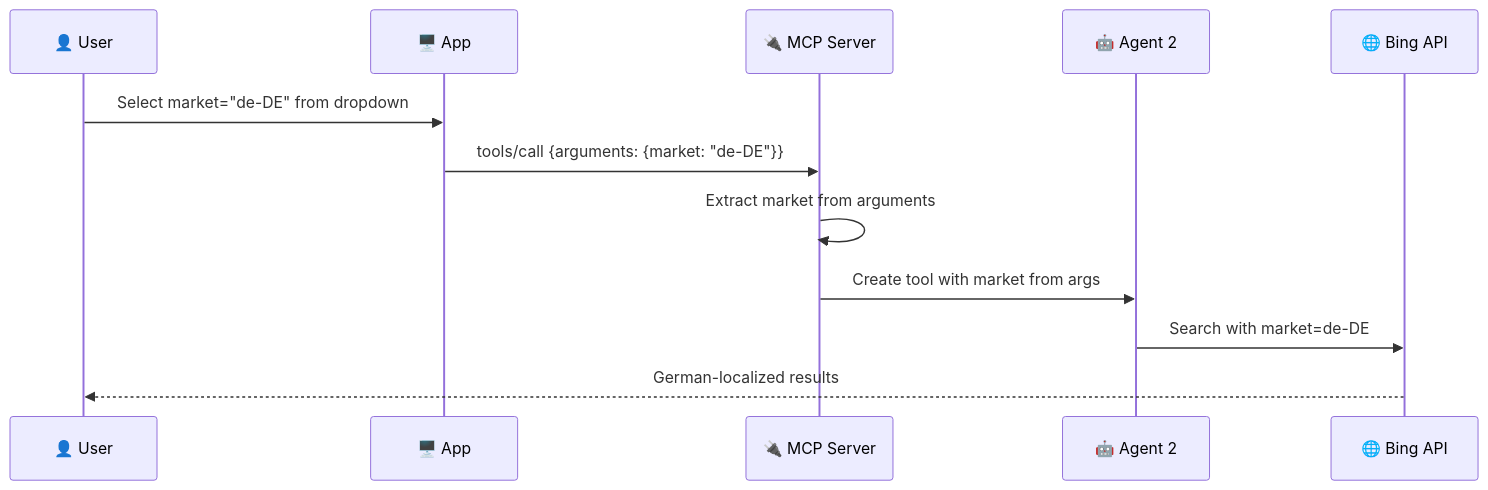
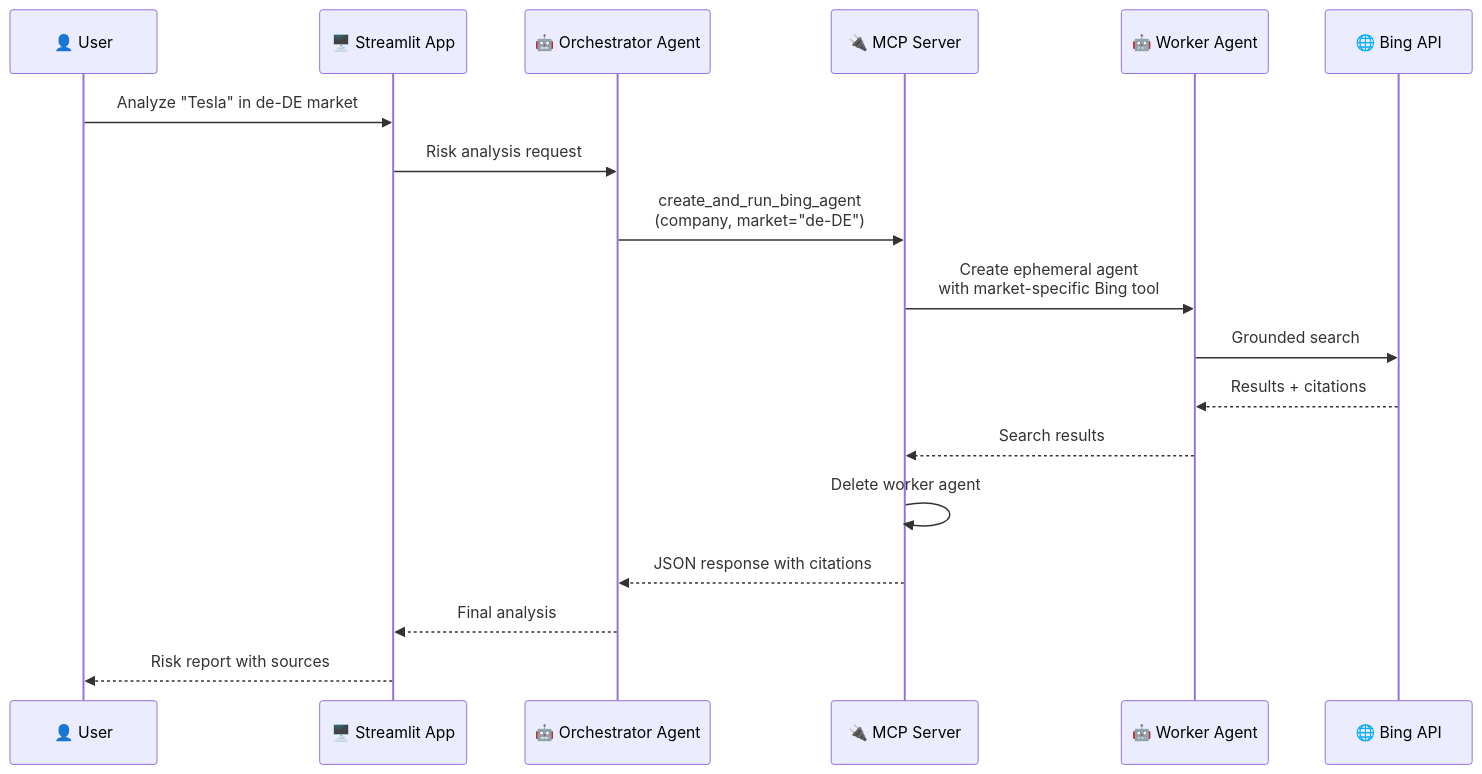
One commit to san360/bing-foundry changed the second of 6 diagrams in README.md. Above: the diagram before and after it, drawn with Mermaid. The commit also changed other lines of this file and 11 other files, not shown here.

````diff
--- a/README.md
+++ b/README.md
@@ -39,15 +55,21 @@
 ```mermaid
 sequenceDiagram
     participant U as 👤 User
-    participant App as 🖥️ App
+    participant App as 🖥️ Streamlit App
+    participant Orch as 🤖 Orchestrator Agent
     participant MCP as 🔌 MCP Server
-    participant Agent2 as 🤖 Agent 2
+    participant Worker as 🤖 Worker Agent
     participant Bing as 🌐 Bing API
     
-    U->>App: Select market="de-DE" from dropdown
-    App->>MCP: tools/call {arguments: {market: "de-DE"}}
-    MCP->>MCP: Extract market from arguments
-    MCP->>Agent2: Create tool with market from args
-    Agent2->>Bing: Search with market=de-DE
-    Bing-->>U: German-localized results
+    U->>App: Analyze "Tesla" in de-DE market
+    App->>Orch: Risk analysis request
+    Orch->>MCP: create_and_run_bing_agent<br/>(company, market="de-DE")
+    MCP->>Worker: Create ephemeral agent<br/>with market-specific Bing tool
+    Worker->>Bing: Grounded search
+    Bing-->>Worker: Results + citations
+    Worker-->>MCP: Search results
+    MCP->>MCP: Delete worker agent
+    MCP-->>Orch: JSON response with citations
+    Orch-->>App: Final analysis
+    App-->>U: Risk report with sources
 ```
````
